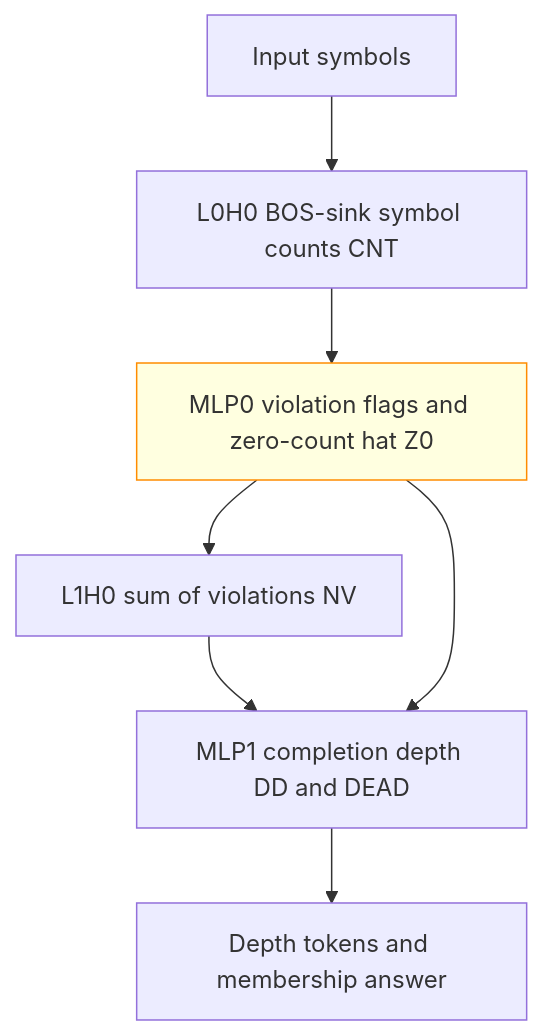
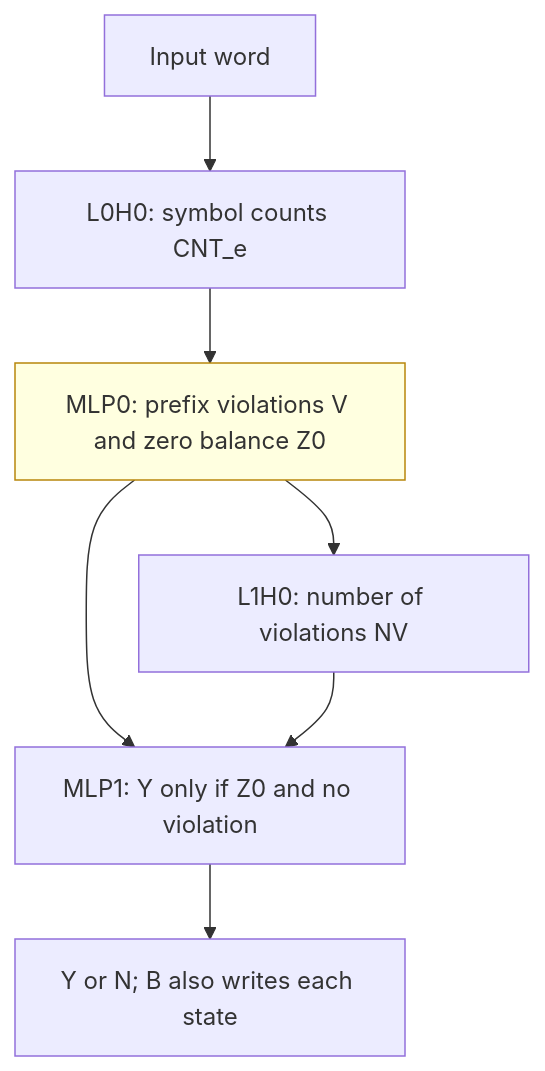
Before and after one commit to jc1122/mechanistic-interpretability-circuit-atlas: the first of 2 diagrams in entries/counter-languages.md, drawn with Mermaid. The commit also changed other lines of this file and 54 other files, not shown here.

````diff
--- a/entries/counter-languages.md
+++ b/entries/counter-languages.md
@@ -73,11 +57,11 @@
 ```mermaid
 flowchart TD
-  A["Input symbols"] --> B["L0H0 BOS-sink symbol counts CNT"]
-  B --> C["MLP0 violation flags and zero-count hat Z0"]
-  C --> D["L1H0 sum of violations NV"]
-  D --> E["MLP1 completion depth DD and DEAD"]
-  C --> E
-  E --> F["Depth tokens and membership answer"]
-  classDef trained fill:lightyellow,stroke:darkorange
+  A["Input word"] --> B["L0H0: symbol counts CNT_e"]
+  B --> C["MLP0: prefix violations V and zero balance Z0"]
+  C --> D["L1H0: number of violations NV"]
+  C --> E["MLP1: Y only if Z0 and no violation"]
+  D --> E
+  E --> F["Y or N; B also writes each state"]
+  classDef trained fill:lightyellow,stroke:darkgoldenrod
   class C trained
 ```
````
